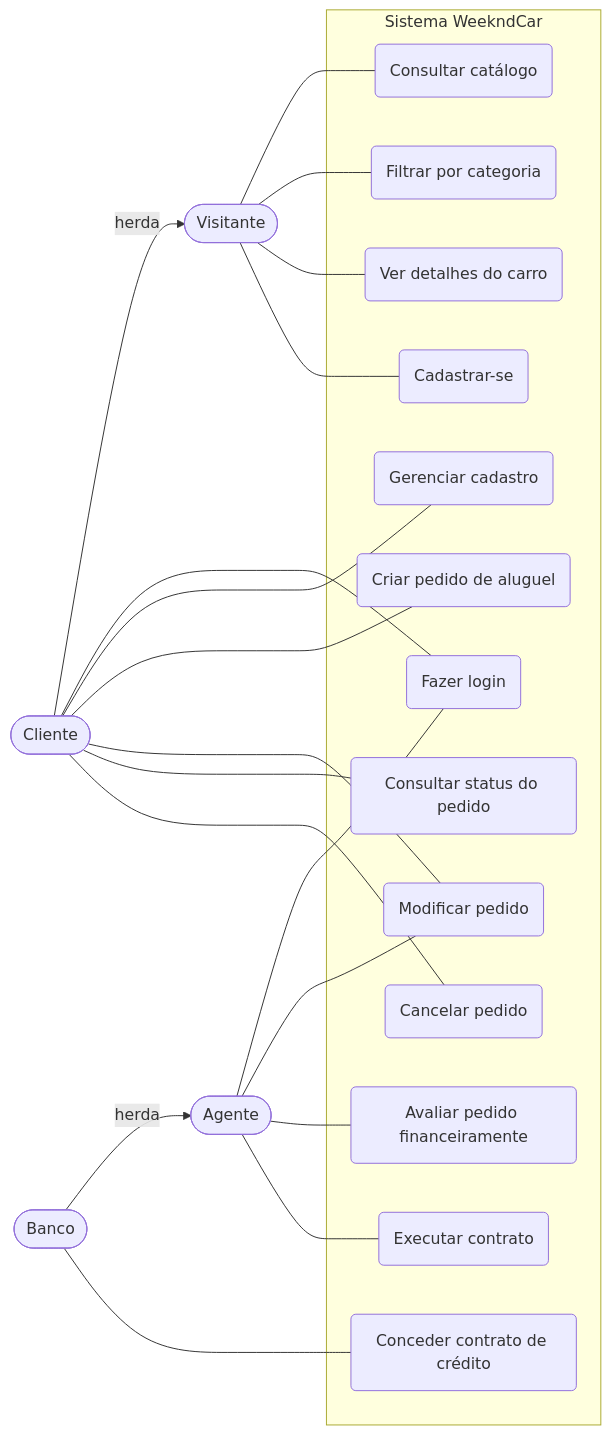
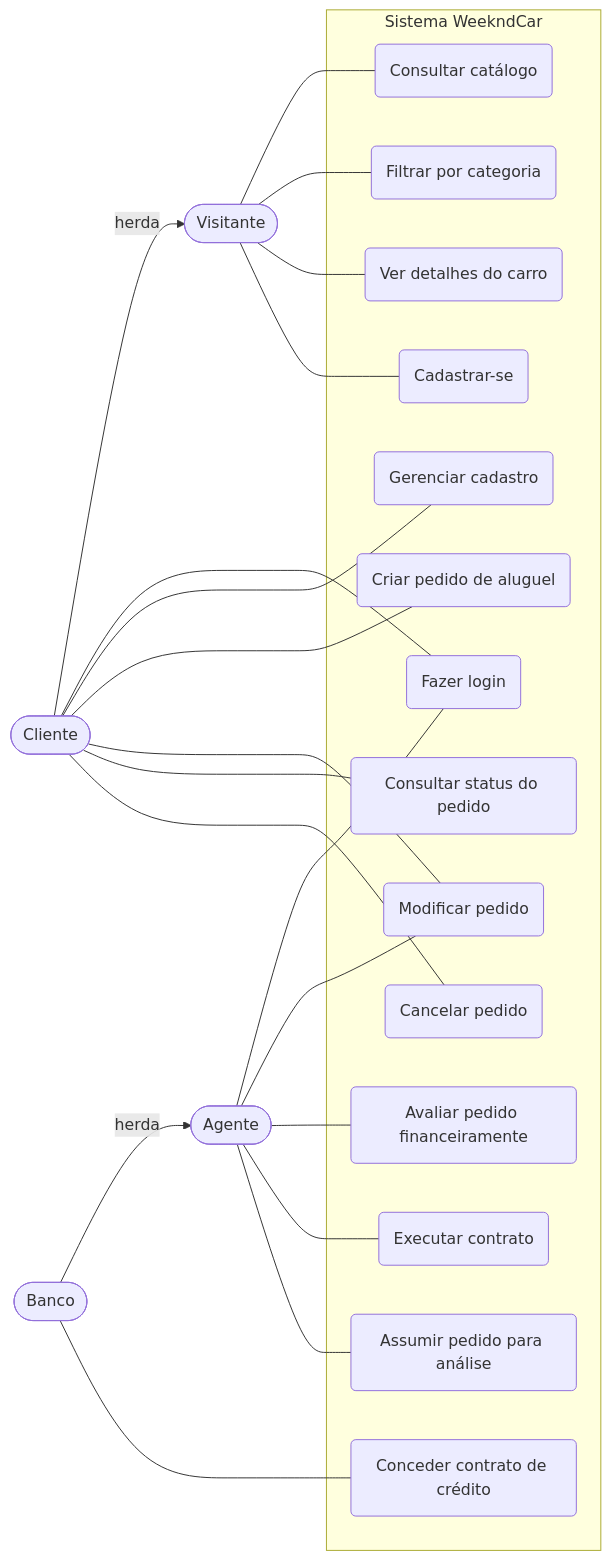
Before and after one commit to gabrielcarvalhosoa/WeekndCar: the diagram in docs/casos-de-uso.md, drawn with Mermaid. The commit also changed other lines of this file and 17 other files, not shown here.

````diff
--- a/docs/casos-de-uso.md
+++ b/docs/casos-de-uso.md
@@ -16,41 +16,43 @@
 ```mermaid
 flowchart LR
     V([Visitante])
     C([Cliente])
     A([Agente])
     B([Banco])
 
     subgraph S["Sistema WeekndCar"]
         UC1(Consultar catálogo)
         UC2(Filtrar por categoria)
         UC3(Ver detalhes do carro)
         UC4(Cadastrar-se)
         UC5(Fazer login)
         UC6(Gerenciar cadastro)
         UC7(Criar pedido de aluguel)
         UC8(Modificar pedido)
         UC9(Consultar status do pedido)
         UC10(Cancelar pedido)
         UC11(Avaliar pedido financeiramente)
         UC12(Executar contrato)
         UC13(Conceder contrato de crédito)
+        UC14(Assumir pedido para análise)
     end
 
     V --- UC1
     V --- UC2
     V --- UC3
     V --- UC4
     C -->|herda| V
     C --- UC5
     C --- UC6
     C --- UC7
     C --- UC8
     C --- UC9
     C --- UC10
     A --- UC5
     A --- UC8
     A --- UC11
     A --- UC12
+    A --- UC14
     B -->|herda| A
     B --- UC13
 ```
````
